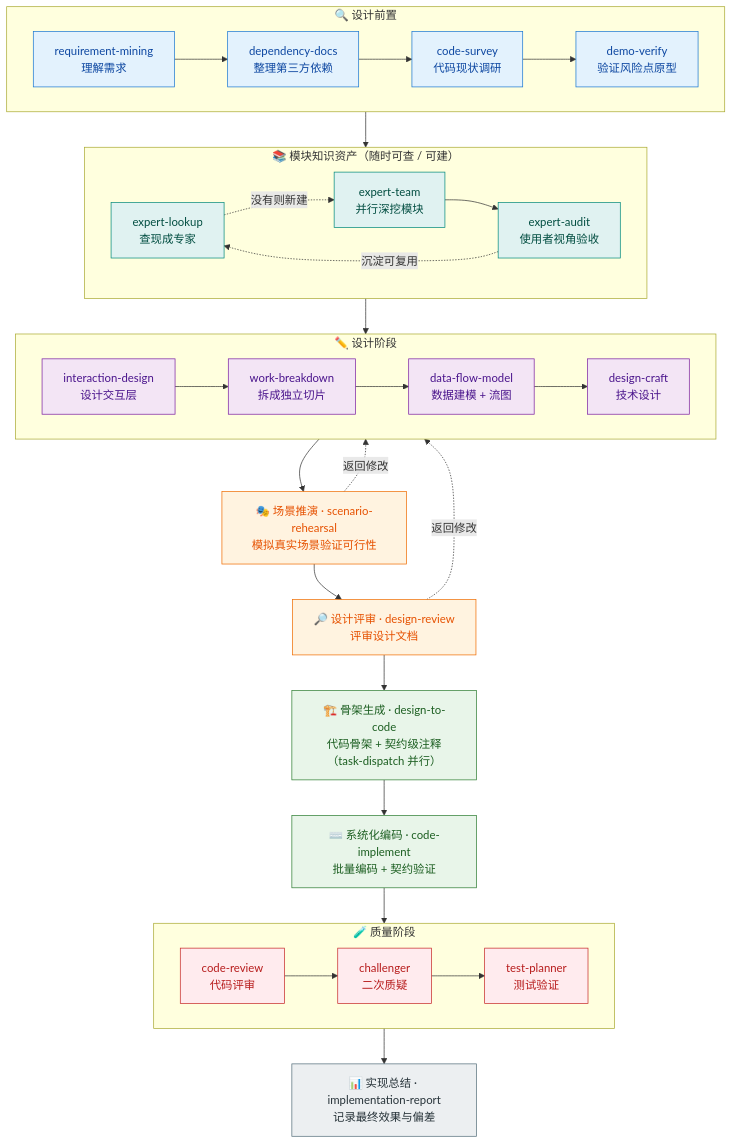
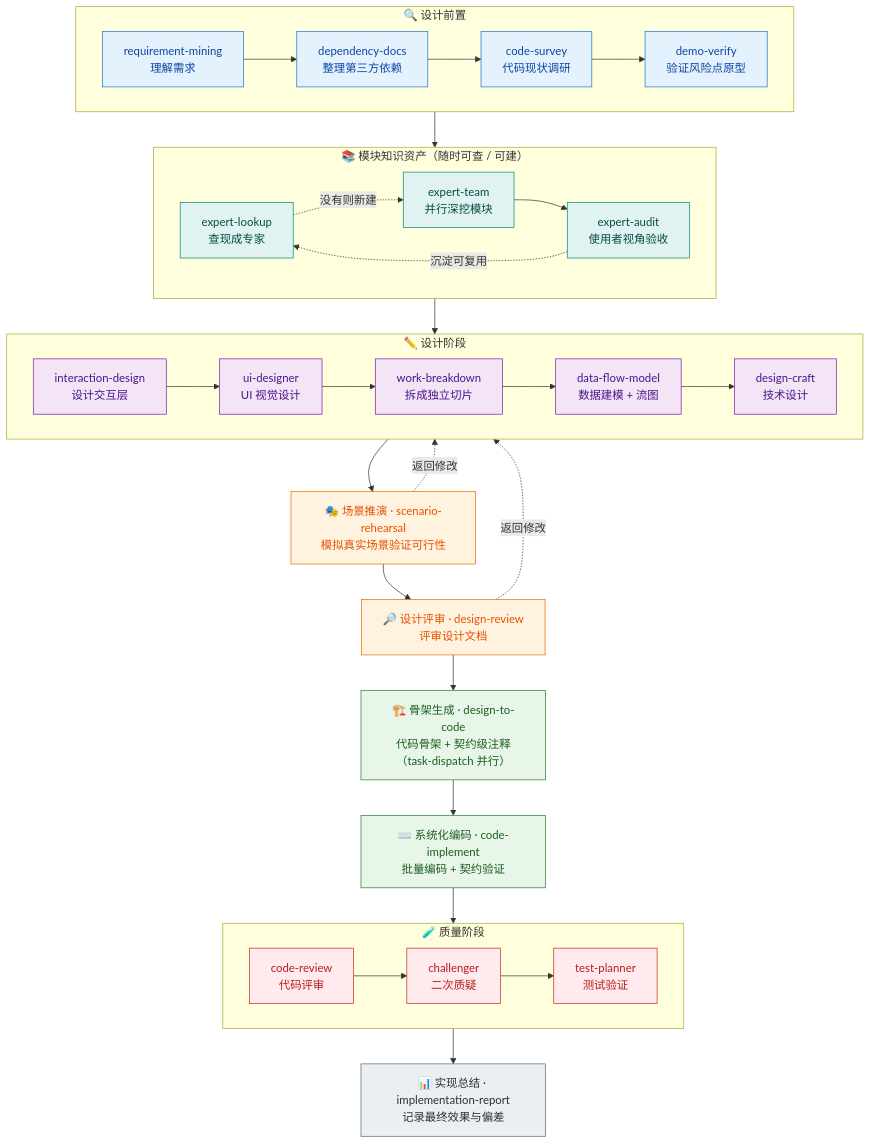
Before and after one commit to HACK-WU/skills: the diagram in README.md, drawn with Mermaid. The commit also changed other lines of this file and 3 other files, not shown here.

````diff
--- a/README.md
+++ b/README.md
@@ -73,52 +73,52 @@
 ```mermaid
 flowchart TD
     subgraph PRE["🔍 设计前置"]
         direction LR
         RM["requirement-mining<br/>理解需求"] --> DD["dependency-docs<br/>整理第三方依赖"] --> CS["code-survey<br/>代码现状调研"] --> DV["demo-verify<br/>验证风险点原型"]
     end
 
     subgraph DESIGN["✏️ 设计阶段"]
         direction LR
-        ID["interaction-design<br/>设计交互层"] --> WB["work-breakdown<br/>拆成独立切片"] --> DFM["data-flow-model<br/>数据建模 + 流图"] --> DC["design-craft<br/>技术设计"]
+        ID["interaction-design<br/>设计交互层"] --> UID["ui-designer<br/>UI 视觉设计"] --> WB["work-breakdown<br/>拆成独立切片"] --> DFM["data-flow-model<br/>数据建模 + 流图"] --> DC["design-craft<br/>技术设计"]
     end
 
     SR["🎭 场景推演 · scenario-rehearsal<br/>模拟真实场景验证可行性"]
     DR["🔎 设计评审 · design-review<br/>评审设计文档"]
     D2C["🏗️ 骨架生成 · design-to-code<br/>代码骨架 + 契约级注释（task-dispatch 并行）"]
     CI["⌨️ 系统化编码 · code-implement<br/>批量编码 + 契约验证"]
 
     subgraph QA["🧪 质量阶段"]
         direction LR
         CRV["code-review<br/>代码评审"] --> CH["challenger<br/>二次质疑"] --> TP["test-planner<br/>测试验证"]
     end
 
     IR["📊 实现总结 · implementation-report<br/>记录最终效果与偏差"]
 
     subgraph EXPERT["📚 模块知识资产（随时可查 / 可建）"]
         direction LR
         EL["expert-lookup<br/>查现成专家"] -. 没有则新建 .-> ET["expert-team<br/>并行深挖模块"] --> EA["expert-audit<br/>使用者视角验收"]
         EA -. 沉淀可复用 .-> EL
     end
 
     PRE --> EXPERT --> DESIGN --> SR
     SR -. 返回修改 .-> DESIGN
     SR --> DR
     DR -. 返回修改 .-> DESIGN
     DR --> D2C --> CI --> QA --> IR
 
     classDef pre fill:#e3f2fd,stroke:#1976d2,color:#0d47a1
     classDef design fill:#f3e5f5,stroke:#7b1fa2,color:#4a148c
     classDef verify fill:#fff3e0,stroke:#ef6c00,color:#e65100
     classDef code fill:#e8f5e9,stroke:#2e7d32,color:#1b5e20
     classDef qa fill:#ffebee,stroke:#c62828,color:#b71c1c
     classDef report fill:#eceff1,stroke:#546e7a,color:#263238
     classDef expert fill:#e0f2f1,stroke:#00897b,color:#004d40
 
     class RM,DD,CS,DV pre
-    class ID,WB,DFM,DC design
+    class ID,UID,WB,DFM,DC design
     class SR,DR verify
     class D2C,CI code
     class CRV,CH,TP qa
     class IR report
     class EL,ET,EA expert
 ```
````
